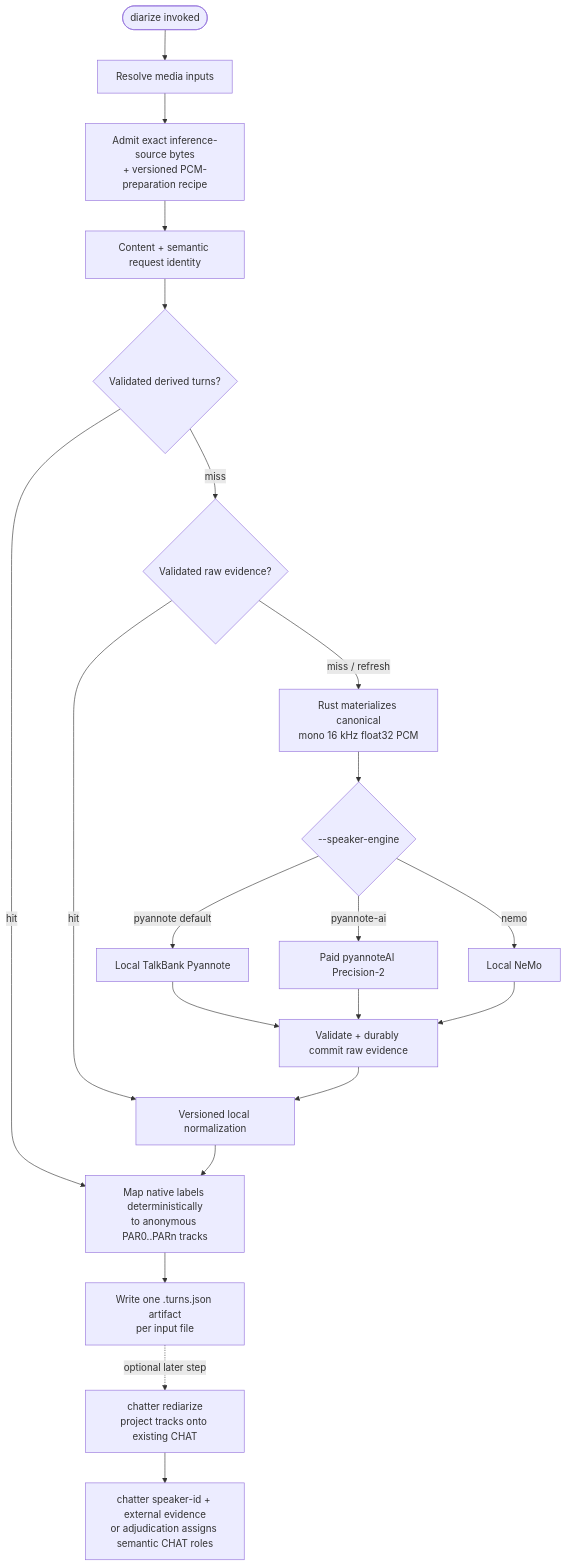
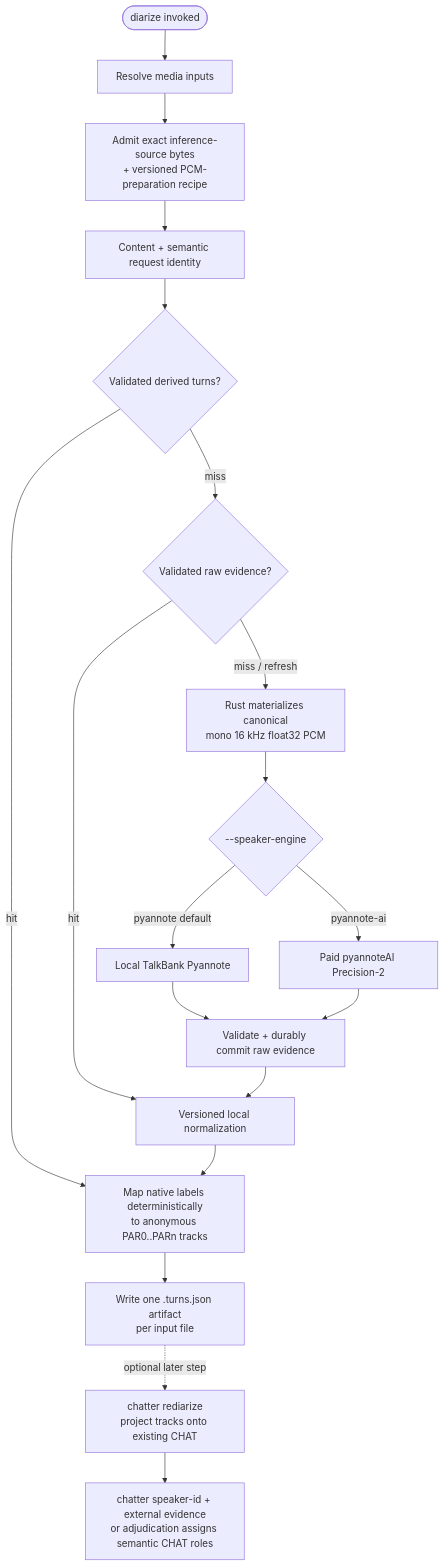
Before and after one commit to FranklinChen/talkbank-tools: the seventh of 17 diagrams in book/src/batchalign/architecture/command-flowcharts.md, drawn with Mermaid. The commit also changed other lines of this file and 523 other files, not shown here.

````diff
--- a/book/src/batchalign/architecture/command-flowcharts.md
+++ b/book/src/batchalign/architecture/command-flowcharts.md
@@ -442,23 +437,21 @@
 ```mermaid
 flowchart TD
     start([diarize invoked]) --> resolve[Resolve media inputs]
     resolve --> source[Admit exact inference-source bytes\n+ versioned PCM-preparation recipe]
     source --> key[Content + semantic request identity]
     key --> derived{Validated derived turns?}
     derived -->|hit| tracks
     derived -->|miss| raw{Validated raw evidence?}
     raw -->|hit| normalize[Versioned local normalization]
     raw -->|miss / refresh| prepare[Rust materializes canonical\nmono 16 kHz float32 PCM]
     prepare --> select{--speaker-engine}
     select -->|pyannote default| local[Local TalkBank Pyannote]
     select -->|pyannote-ai| cloud[Paid pyannoteAI Precision-2]
-    select -->|nemo| nemo[Local NeMo]
     local --> validate[Validate + durably commit raw evidence]
     cloud --> validate
-    nemo --> validate
     validate --> normalize
     normalize --> tracks[Map native labels deterministically\nto anonymous PAR0..PARn tracks]
     tracks --> turns[Write one .turns.json artifact\nper input file]
     turns -. optional later step .-> chatter["chatter rediarize\nproject tracks onto existing CHAT"]
     chatter --> roles["chatter speaker-id + external evidence\nor adjudication assigns semantic CHAT roles"]
 ```
````
